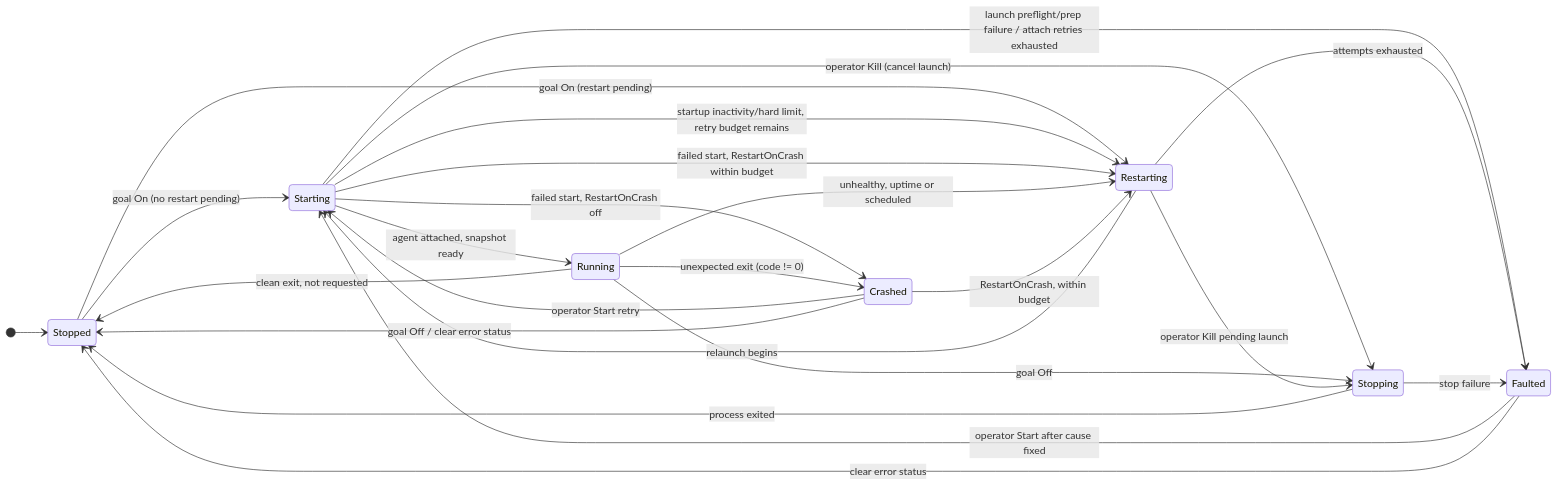
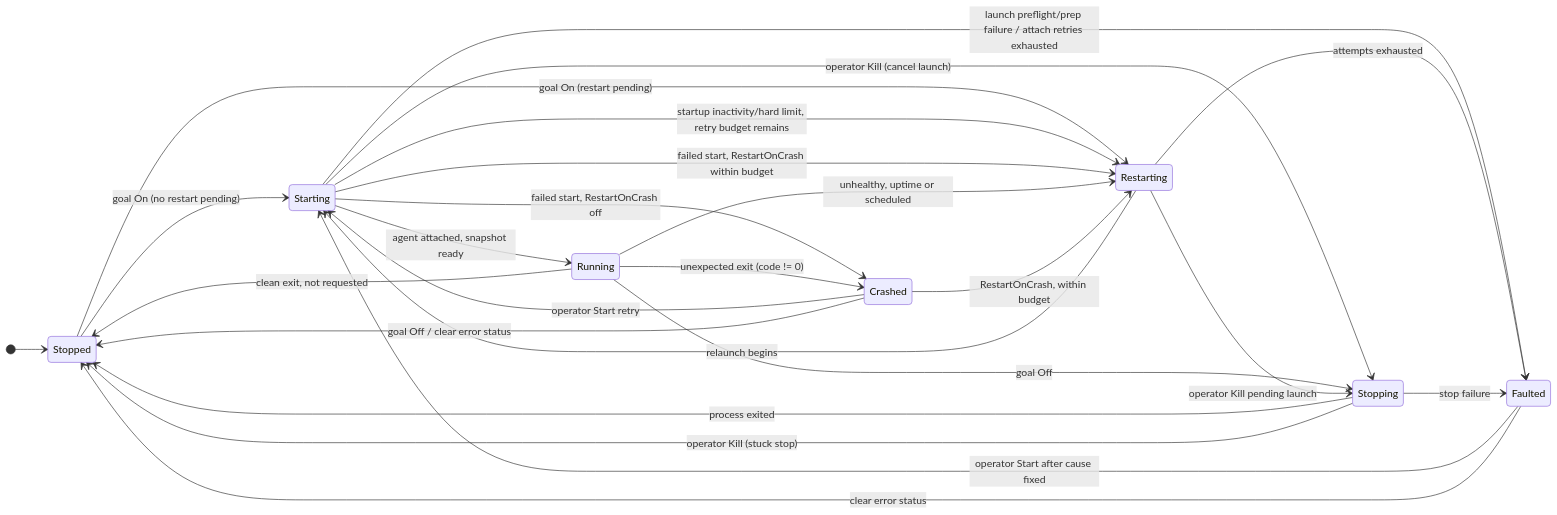
The second of 3 diagrams in Docs/StateMachines/DedicatedServerLifecycle.md (CometWorks/quasar), drawn with Mermaid before and after one commit. The commit also changed other lines of this file and 26 other files, not shown here.

````diff
--- a/Docs/StateMachines/DedicatedServerLifecycle.md
+++ b/Docs/StateMachines/DedicatedServerLifecycle.md
@@ -98,27 +99,28 @@
 ```mermaid
 stateDiagram-v2
     direction LR
     [*] --> Stopped
     Stopped --> Starting: goal On (no restart pending)
     Stopped --> Restarting: goal On (restart pending)
     Starting --> Running: agent attached, snapshot ready
     Starting --> Restarting: startup inactivity/hard limit, retry budget remains
     Starting --> Stopping: operator Kill (cancel launch)
     Starting --> Faulted: launch preflight/prep failure / attach retries exhausted
     Starting --> Restarting: failed start, RestartOnCrash within budget
     Starting --> Crashed: failed start, RestartOnCrash off
     Running --> Stopping: goal Off
     Running --> Restarting: unhealthy, uptime or scheduled
     Running --> Crashed: unexpected exit (code != 0)
     Running --> Stopped: clean exit, not requested
     Restarting --> Starting: relaunch begins
     Restarting --> Stopping: operator Kill pending launch
     Restarting --> Faulted: attempts exhausted
     Stopping --> Stopped: process exited
+    Stopping --> Stopped: operator Kill (stuck stop)
     Stopping --> Faulted: stop failure
     Crashed --> Restarting: RestartOnCrash, within budget
     Crashed --> Starting: operator Start retry
     Crashed --> Stopped: goal Off / clear error status
     Faulted --> Starting: operator Start after cause fixed
     Faulted --> Stopped: clear error status
 ```
````
